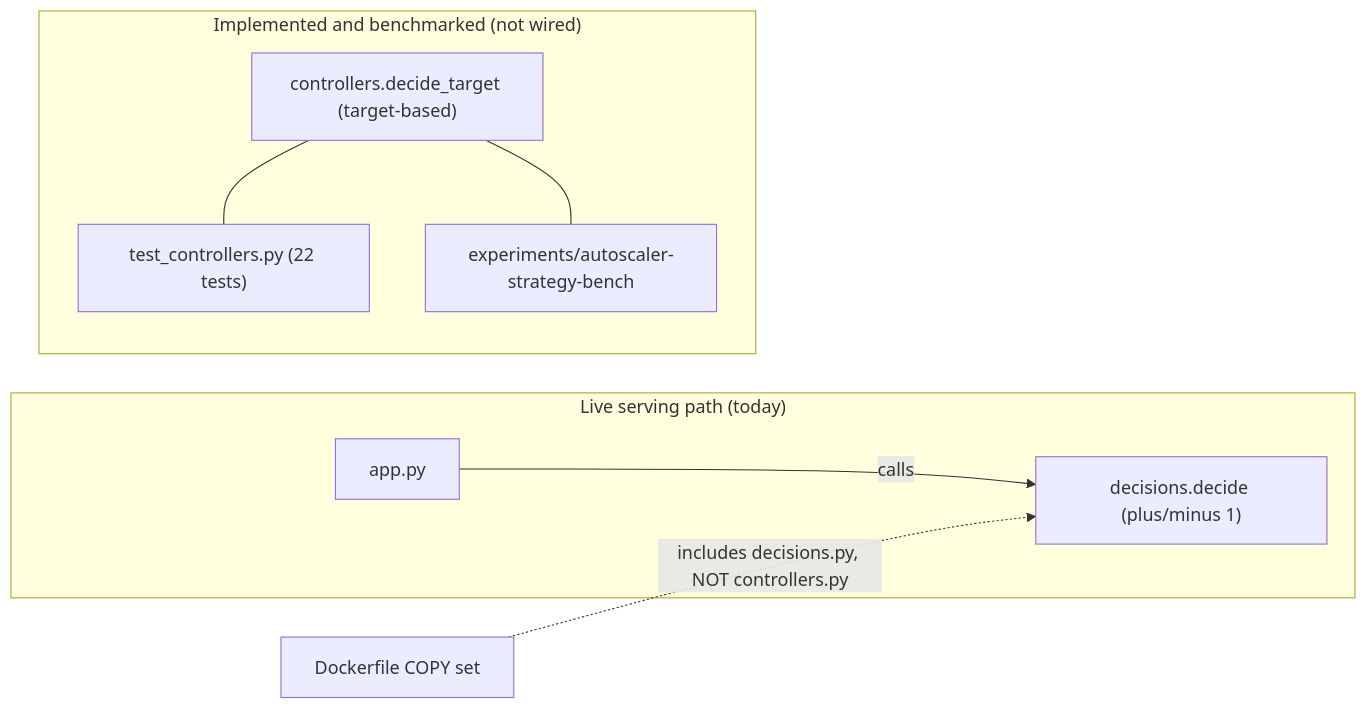
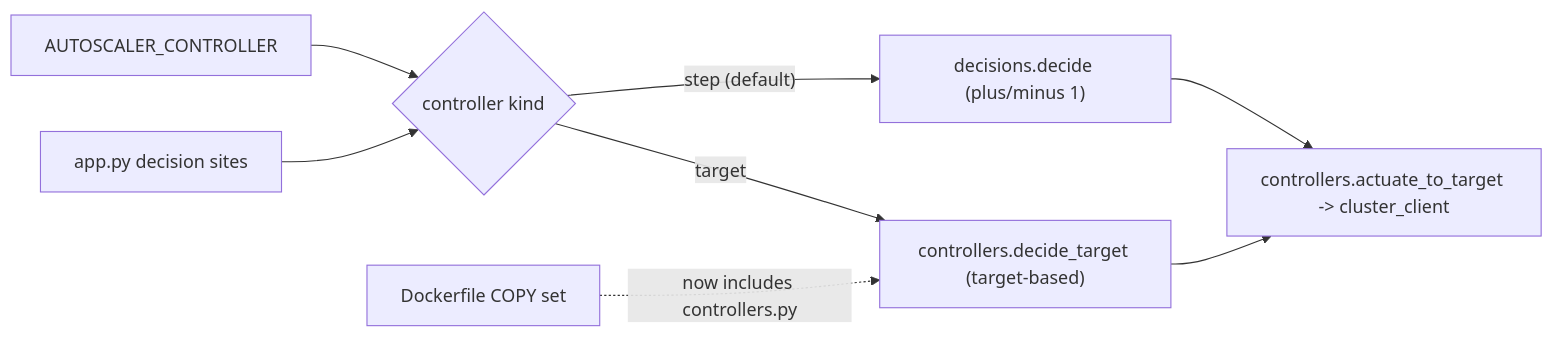
One commit to TasneemEltabakh/smartload changed the first of 4 diagrams in docs/modules/autoscaler.md. Above: the diagram before and after it, drawn with Mermaid. The commit also changed other lines of this file and 9 other files, not shown here.

First line of the commit message:
feat(autoscaler): wire target-based controller into the serving path (off by default)

````diff
--- a/docs/modules/autoscaler.md
+++ b/docs/modules/autoscaler.md
@@ -60,14 +62,10 @@
 ```mermaid
 flowchart LR
-  subgraph live["Live serving path (today)"]
-    APP["app.py"] -->|"calls"| DEC["decisions.decide (plus/minus 1)"]
-  end
-  subgraph bench["Implemented and benchmarked (not wired)"]
-    CTRL["controllers.decide_target (target-based)"]
-    TST["test_controllers.py (22 tests)"]
-    EXP["experiments/autoscaler-strategy-bench"]
-    CTRL --- TST
-    CTRL --- EXP
-  end
-  DOCK["Dockerfile COPY set"] -.->|"includes decisions.py, NOT controllers.py"| DEC
+  ENV["AUTOSCALER_CONTROLLER"] --> SEL{"controller kind"}
+  APP["app.py decision sites"] --> SEL
+  SEL -- "step (default)" --> DEC["decisions.decide (plus/minus 1)"]
+  SEL -- "target" --> CTRL["controllers.decide_target (target-based)"]
+  DEC --> ACT["controllers.actuate_to_target -> cluster_client"]
+  CTRL --> ACT
+  DOCK["Dockerfile COPY set"] -.->|"now includes controllers.py"| CTRL
 ```
````
